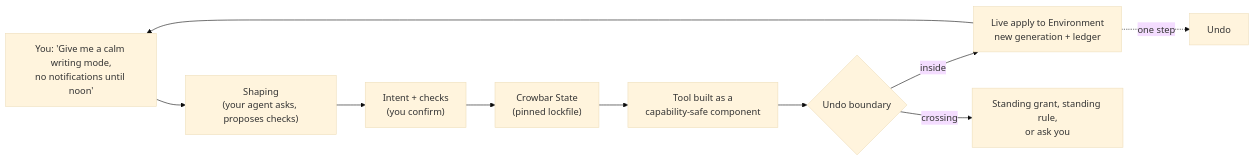
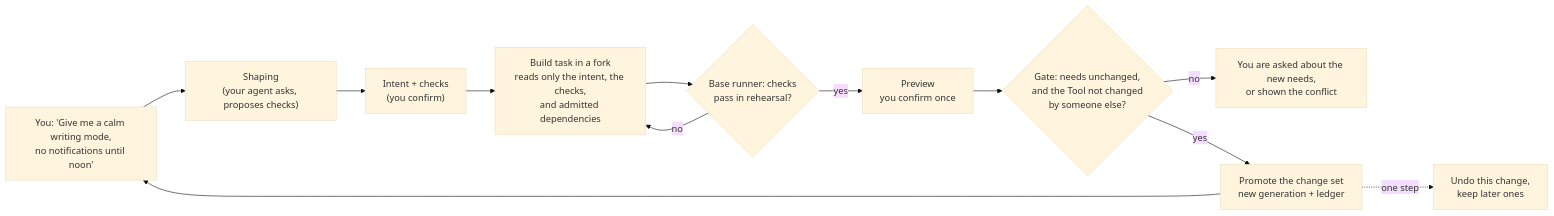
The first of 5 diagrams in docs/agent-first/VISION.md (crowbaros/crowbaros), drawn with Mermaid (base theme) before and after one commit. The commit also changed other lines of this file and 25 other files, not shown here.

````diff
--- a/docs/agent-first/VISION.md
+++ b/docs/agent-first/VISION.md
@@ -36,12 +53,14 @@
 ```mermaid
 flowchart LR
     U["You: 'Give me a calm writing mode,<br/>no notifications until noon'"] --> S["Shaping<br/>(your agent asks, proposes checks)"]
     S --> I["Intent + checks<br/>(you confirm)"]
-    I --> C["Crowbar State<br/>(pinned lockfile)"]
-    C --> T["Tool built as a<br/>capability-safe component"]
-    T --> G{"Undo boundary"}
-    G -- inside --> E["Live apply to Environment<br/>new generation + ledger"]
-    G -- crossing --> Q["Standing grant, standing rule,<br/>or ask you"]
+    I --> F["Build task in a fork<br/>reads only the intent, the checks,<br/>and admitted dependencies"]
+    F --> V{"Base runner: checks<br/>pass in rehearsal?"}
+    V -- no --> F
+    V -- yes --> P["Preview<br/>you confirm once"]
+    P --> L{"Gate: needs unchanged,<br/>and the Tool not changed<br/>by someone else?"}
+    L -- no --> R["You are asked about the new needs,<br/>or shown the conflict"]
+    L -- yes --> E["Promote the change set<br/>new generation + ledger"]
     E --> U
-    E -. one step .-> B["Undo"]
+    E -. one step .-> B["Undo this change,<br/>keep later ones"]
 ```
````
